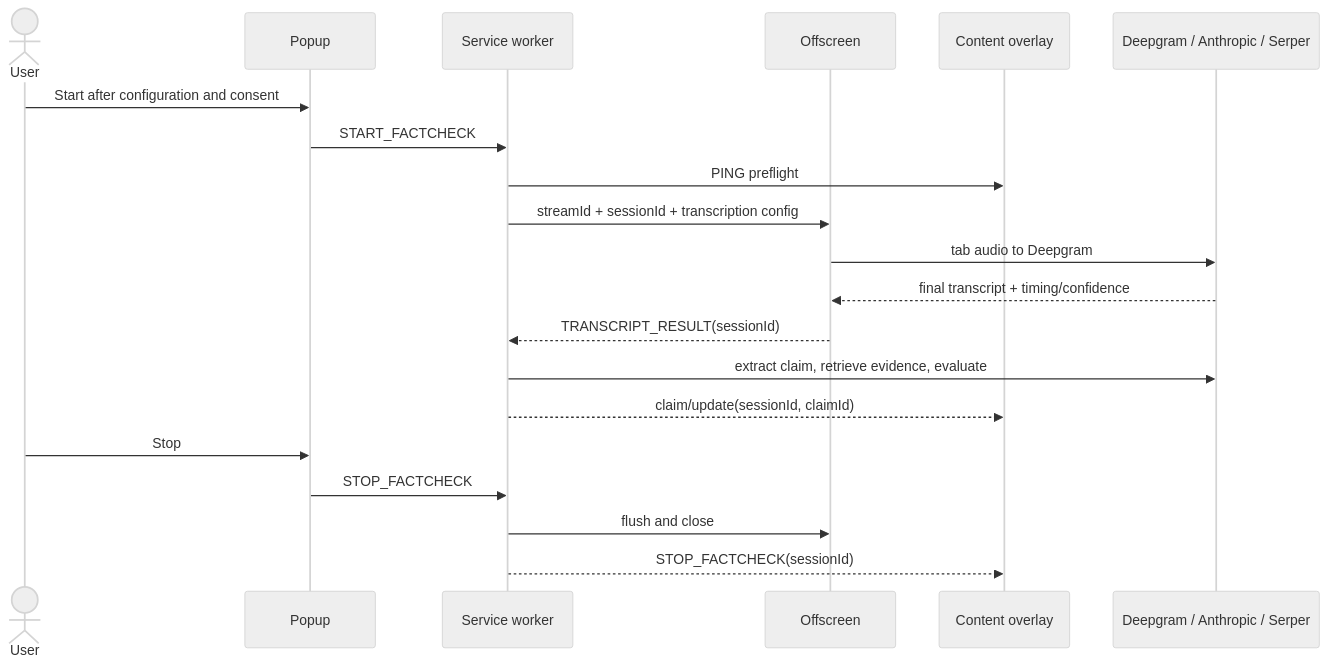
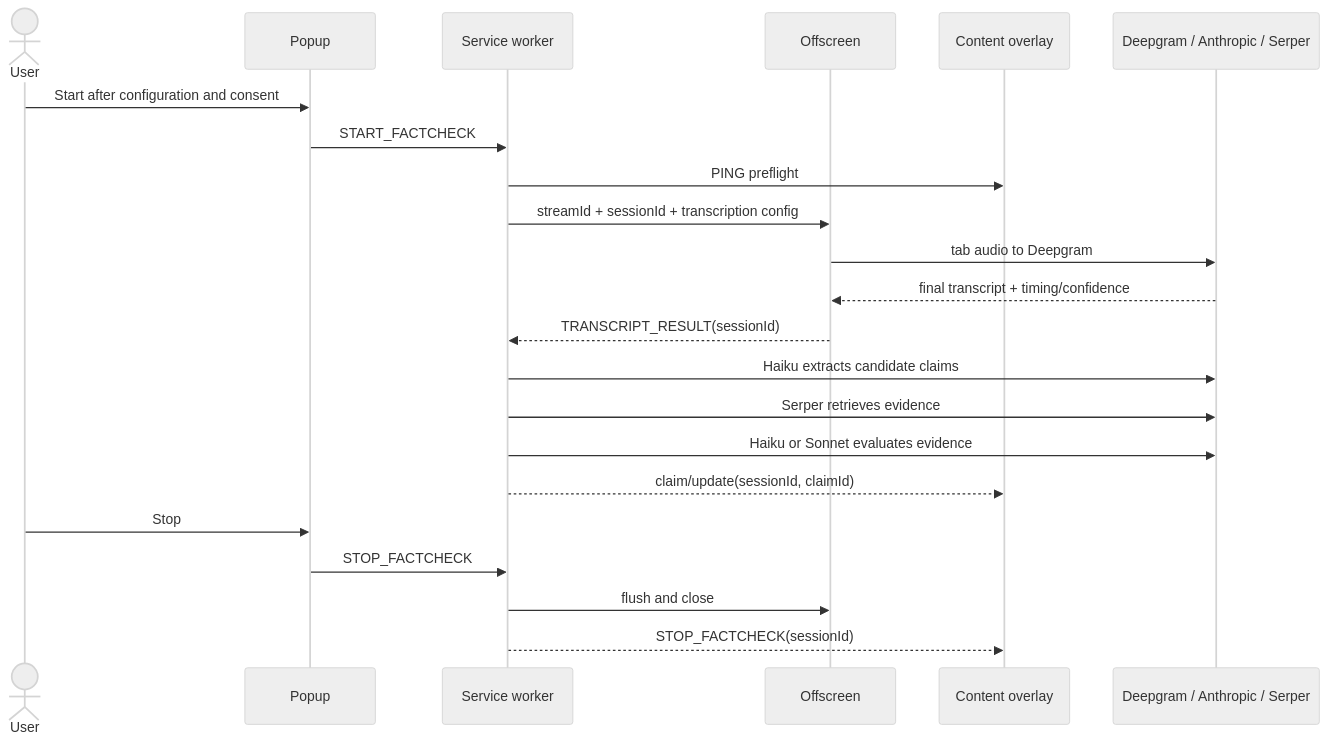
One commit to chrimatte/intruth-factcheck changed the diagram in docs/ARCHITECTURE.md. Above: the diagram before and after it, drawn with Mermaid (neutral theme). The commit also changed other lines of this file and 16 other files, not shown here.

````diff
--- a/docs/ARCHITECTURE.md
+++ b/docs/ARCHITECTURE.md
@@ -5,23 +5,25 @@
 ```mermaid
 sequenceDiagram
   actor User
   participant Popup
   participant Worker as Service worker
   participant Offscreen
   participant Page as Content overlay
   participant Providers as Deepgram / Anthropic / Serper
 
   User->>Popup: Start after configuration and consent
   Popup->>Worker: START_FACTCHECK
   Worker->>Page: PING preflight
   Worker->>Offscreen: streamId + sessionId + transcription config
   Offscreen->>Providers: tab audio to Deepgram
   Providers-->>Offscreen: final transcript + timing/confidence
   Offscreen-->>Worker: TRANSCRIPT_RESULT(sessionId)
-  Worker->>Providers: extract claim, retrieve evidence, evaluate
+  Worker->>Providers: Haiku extracts candidate claims
+  Worker->>Providers: Serper retrieves evidence
+  Worker->>Providers: Haiku or Sonnet evaluates evidence
   Worker-->>Page: claim/update(sessionId, claimId)
   User->>Popup: Stop
   Popup->>Worker: STOP_FACTCHECK
   Worker->>Offscreen: flush and close
   Worker-->>Page: STOP_FACTCHECK(sessionId)
 ```
````
